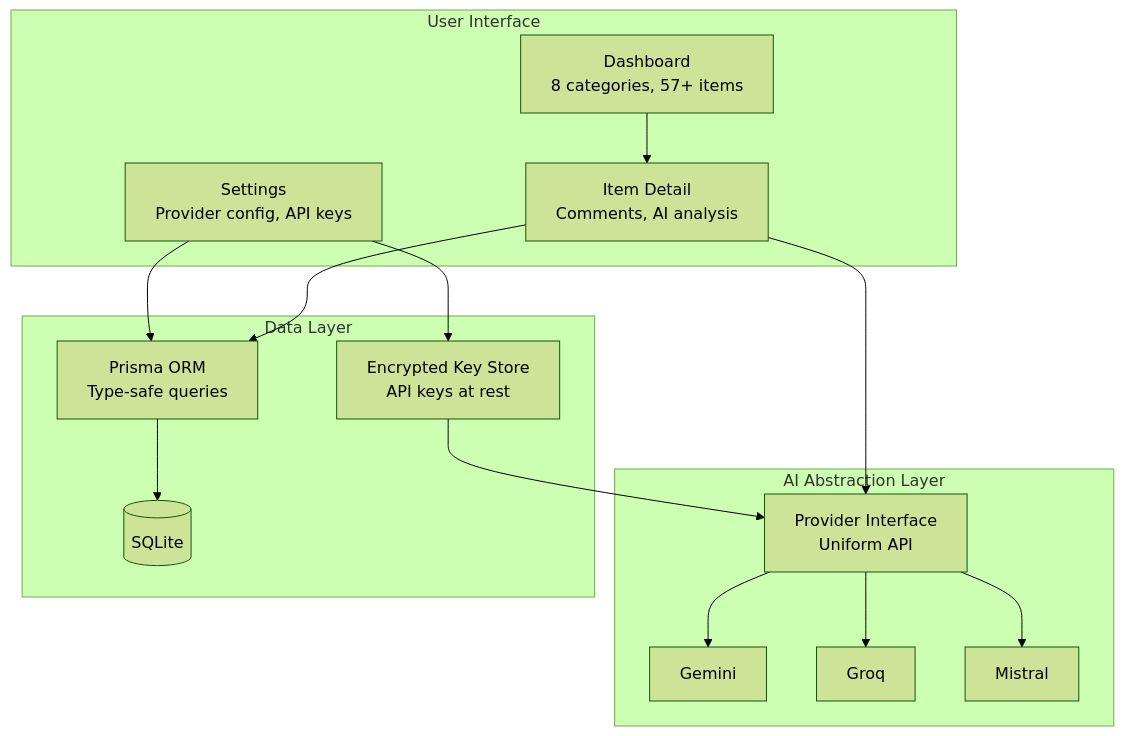
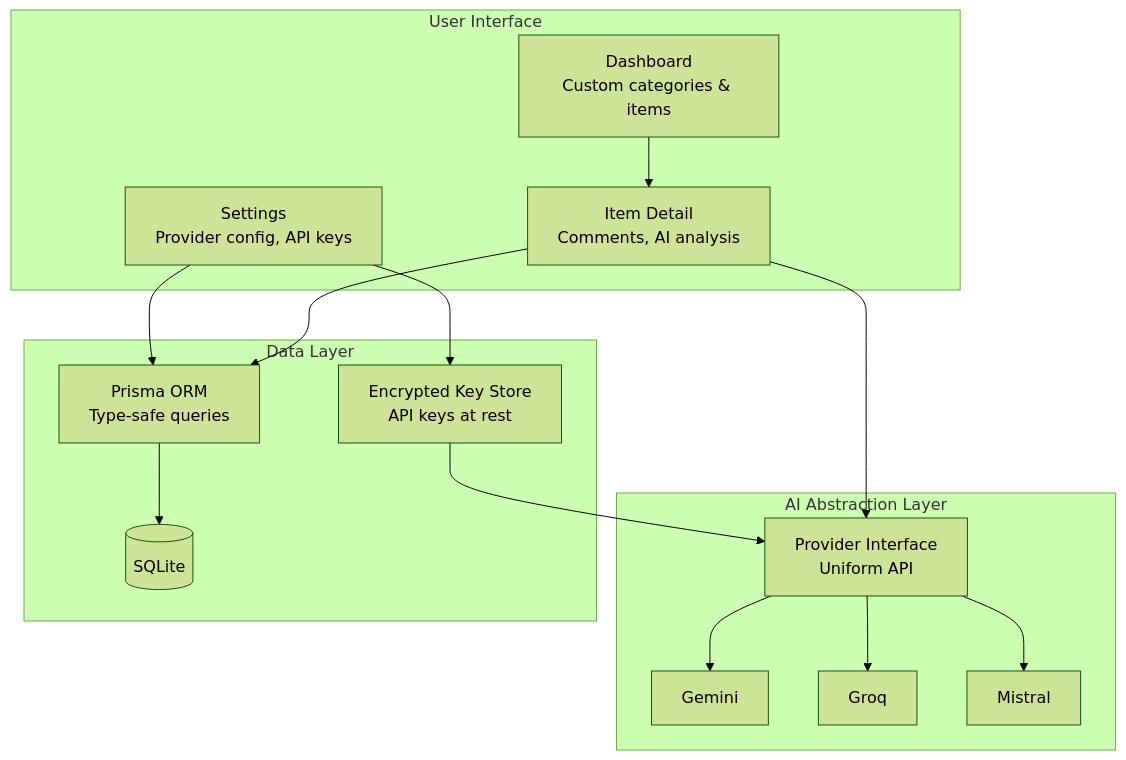
The first of 5 diagrams in claritas/architecture.md (maheshmirchandani/AI-Projects-Portfolio), drawn with Mermaid (forest theme) before and after one commit. The commit also changed other lines of this file and 2 other files, not shown here.

````diff
--- a/claritas/architecture.md
+++ b/claritas/architecture.md
@@ -5,32 +5,32 @@
 ```mermaid
 graph TD
     subgraph User Interface
-        Dash[Dashboard<br/>8 categories, 57+ items]
+        Dash[Dashboard<br/>Custom categories & items]
         Detail[Item Detail<br/>Comments, AI analysis]
         Config[Settings<br/>Provider config, API keys]
     end
 
     subgraph AI Abstraction Layer
         Interface[Provider Interface<br/>Uniform API]
         Gemini[Gemini]
         Groq[Groq]
         Mistral[Mistral]
     end
 
     subgraph Data Layer
         Prisma[Prisma ORM<br/>Type-safe queries]
         DB[(SQLite)]
         Vault[Encrypted Key Store<br/>API keys at rest]
     end
 
     Dash --> Detail
     Detail --> Interface
     Config --> Vault
     Vault --> Interface
     Interface --> Gemini
     Interface --> Groq
     Interface --> Mistral
     Detail --> Prisma
     Config --> Prisma
     Prisma --> DB
 ```
````
